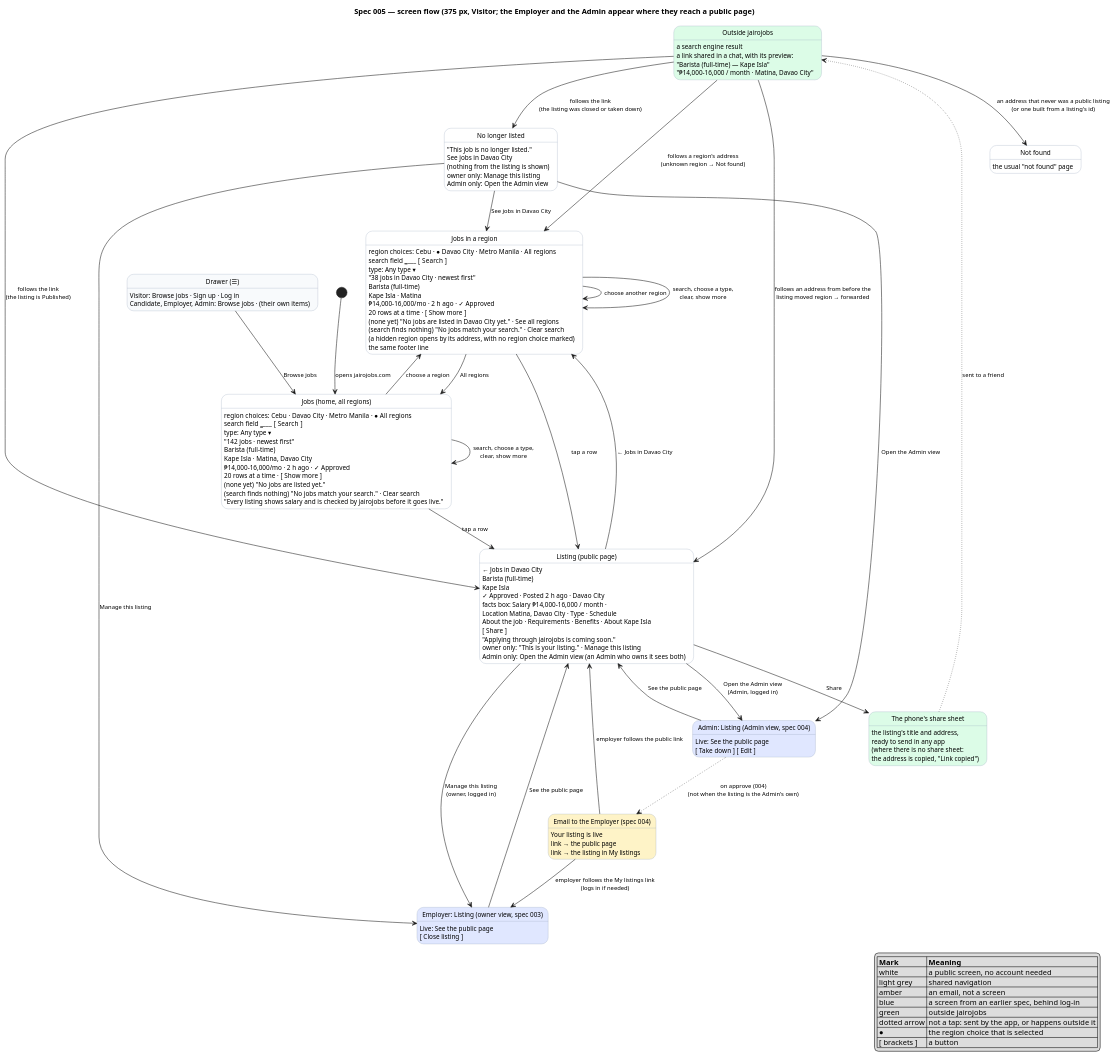
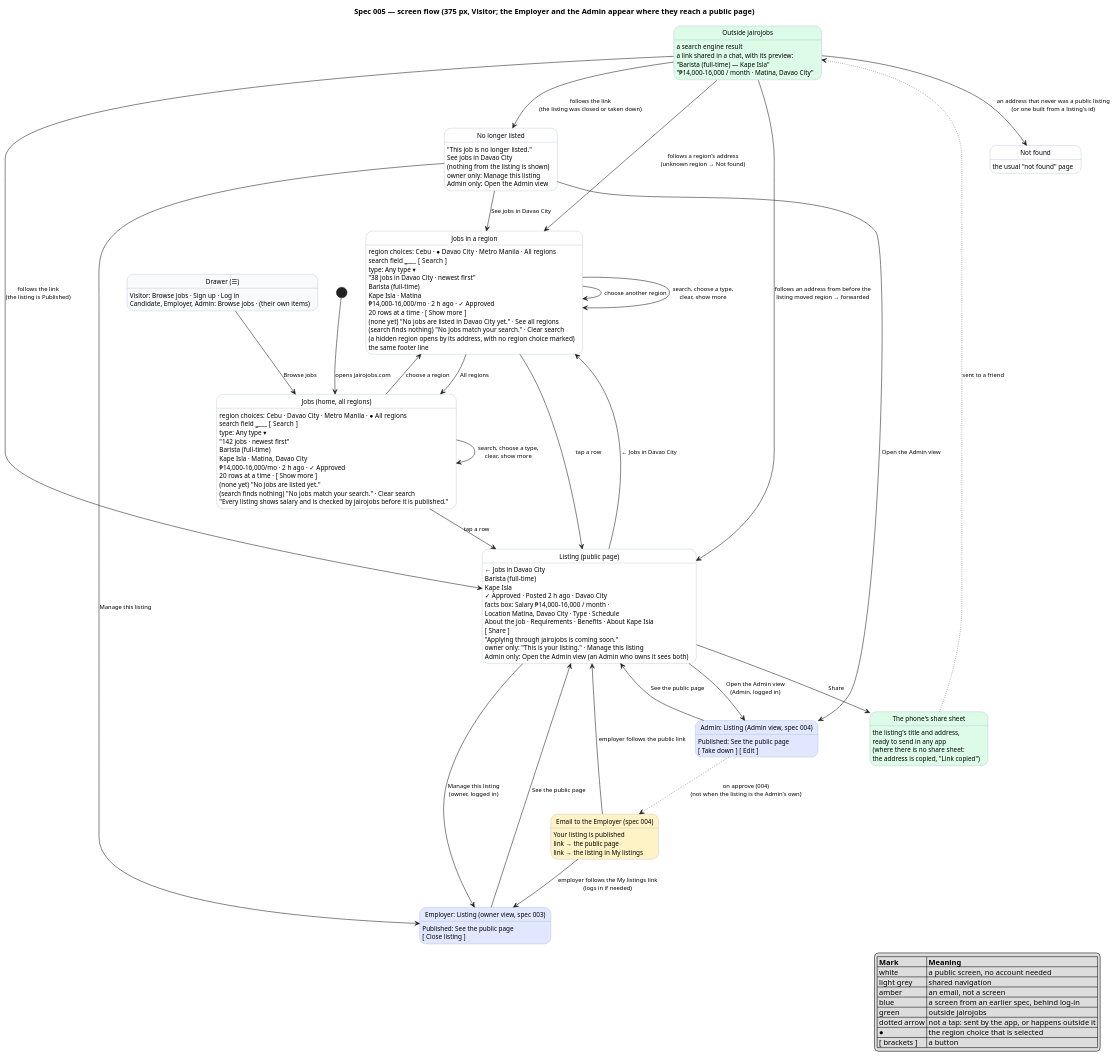
One commit to raseniero/jairojobs-elixir changed the diagram in docs/specs/005-public-browse-search/diagrams/screenflow-browse.puml. Above: the diagram before and after it, drawn with PlantUML. The commit also changed 8 other files, not shown here.

```diff
--- a/docs/specs/005-public-browse-search/diagrams/screenflow-browse.puml
+++ b/docs/specs/005-public-browse-search/diagrams/screenflow-browse.puml
@@ -1,138 +1,138 @@
 @startuml screenflow-browse
 ' Spec 005 — screen flow. Each state is a screen (key elements listed); each arrow is a user action.
 ' Every user story US-005-1..11 is a path through this diagram (see table in spec.md).
 
 hide empty description
 skinparam state {
   BackgroundColor white
   BackgroundColor<<public>> #f8fafc
   BackgroundColor<<email>> #fef3c7
   BackgroundColor<<other>> #e0e7ff
   BackgroundColor<<outside>> #dcfce7
   BorderColor #94a3b8
   FontSize 12
 }
 skinparam arrowFontSize 11
 
 title Spec 005 — screen flow (375 px, Visitor; the Employer and the Admin appear where they reach a public page)
 
 state "Outside jairojobs" as Outside <<outside>>
 Outside : a search engine result
 Outside : a link shared in a chat, with its preview:
 Outside : "Barista (full-time) — Kape Isla"
 Outside : "₱14,000–16,000 / month · Matina, Davao City"
 
 state "Drawer (☰)" as Drawer <<public>>
 Drawer : Visitor: Browse jobs · Sign up · Log in
 Drawer : Candidate, Employer, Admin: Browse jobs · (their own items)
 
 state "Jobs (home, all regions)" as All
 All : region choices: Cebu · Davao City · Metro Manila · ● All regions
 All : search field ________  [ Search ]
 All : type: Any type ▾
 All : "142 jobs · newest first"
 All : Barista (full-time)
 All : Kape Isla · Matina, Davao City
 All : ₱14,000–16,000/mo · 2 h ago · ✓ Approved
 All : 20 rows at a time · [ Show more ]
 All : (none yet) "No jobs are listed yet."
 All : (search finds nothing) "No jobs match your search." · Clear search
-All : "Every listing shows salary and is checked by jairojobs before it goes live."
+All : "Every listing shows salary and is checked by jairojobs before it is published."
 
 state "Jobs in a region" as Region
 Region : region choices: Cebu · ● Davao City · Metro Manila · All regions
 Region : search field ________  [ Search ]
 Region : type: Any type ▾
 Region : "38 jobs in Davao City · newest first"
 Region : Barista (full-time)
 Region : Kape Isla · Matina
 Region : ₱14,000–16,000/mo · 2 h ago · ✓ Approved
 Region : 20 rows at a time · [ Show more ]
 Region : (none yet) "No jobs are listed in Davao City yet." · See all regions
 Region : (search finds nothing) "No jobs match your search." · Clear search
 Region : (a hidden region opens by its address, with no region choice marked)
 Region : the same footer line
 
 state "Listing (public page)" as Listing
 Listing : ← Jobs in Davao City
 Listing : Barista (full-time)
 Listing : Kape Isla
 Listing : ✓ Approved · Posted 2 h ago · Davao City
 Listing : facts box: Salary ₱14,000–16,000 / month ·
 Listing : Location Matina, Davao City · Type · Schedule
 Listing : About the job · Requirements · Benefits · About Kape Isla
 Listing : [ Share ]
 Listing : "Applying through jairojobs is coming soon."
 Listing : owner only: "This is your listing." · Manage this listing
 Listing : Admin only: Open the Admin view (an Admin who owns it sees both)
 
 state "No longer listed" as Gone
 Gone : "This job is no longer listed."
 Gone : See jobs in Davao City
 Gone : (nothing from the listing is shown)
 Gone : owner only: Manage this listing
 Gone : Admin only: Open the Admin view
 
 state "Not found" as NotFound
 NotFound : the usual "not found" page
 
 state "The phone's share sheet" as Sheet <<outside>>
 Sheet : the listing's title and address,
 Sheet : ready to send in any app
 Sheet : (where there is no share sheet:
 Sheet : the address is copied, "Link copied")
 
 state "Email to the Employer (spec 004)" as Mail <<email>>
-Mail : Your listing is live
+Mail : Your listing is published
 Mail : link → the public page
 Mail : link → the listing in My listings
 
 state "Employer: Listing (owner view, spec 003)" as Owner <<other>>
-Owner : Live: See the public page
+Owner : Published: See the public page
 Owner : [ Close listing ]
 
 state "Admin: Listing (Admin view, spec 004)" as Admin <<other>>
-Admin : Live: See the public page
+Admin : Published: See the public page
 Admin : [ Take down ] [ Edit ]
 
 [*] --> All : opens jairojobs.com
 Drawer --> All : Browse jobs
 All --> Region : choose a region
 Region --> Region : choose another region
 Region --> All : All regions
 All --> All : search, choose a type,\nclear, show more
 Region --> Region : search, choose a type,\nclear, show more
 All --> Listing : tap a row
 Region --> Listing : tap a row
 Listing --> Region : ← Jobs in Davao City
 Listing --> Sheet : Share
 Sheet -[dotted]-> Outside : sent to a friend
 Outside --> Listing : follows the link\n(the listing is Published)
 Outside --> Gone : follows the link\n(the listing was closed or taken down)
 Outside --> Listing : follows an address from before the\nlisting moved region → forwarded
 Outside --> NotFound : an address that never was a public listing\n(or one built from a listing's id)
 Outside --> Region : follows a region's address\n(unknown region → Not found)
 Gone --> Region : See jobs in Davao City
 
 Admin -[dotted]-> Mail : on approve (004)\n(not when the listing is the Admin's own)
 Mail --> Listing : employer follows the public link
 Mail --> Owner : employer follows the My listings link\n(logs in if needed)
 Listing --> Owner : Manage this listing\n(owner, logged in)
 Owner --> Listing : See the public page
 Listing --> Admin : Open the Admin view\n(Admin, logged in)
 Admin --> Listing : See the public page
 Gone --> Owner : Manage this listing
 Gone --> Admin : Open the Admin view
 
 legend right
   |= Mark |= Meaning |
   | white | a public screen, no account needed |
   | light grey | shared navigation |
   | amber | an email, not a screen |
   | blue | a screen from an earlier spec, behind log-in |
   | green | outside jairojobs |
   | dotted arrow | not a tap: sent by the app, or happens outside it |
   | ● | the region choice that is selected |
   | [ brackets ] | a button |
 endlegend
 @enduml
```
